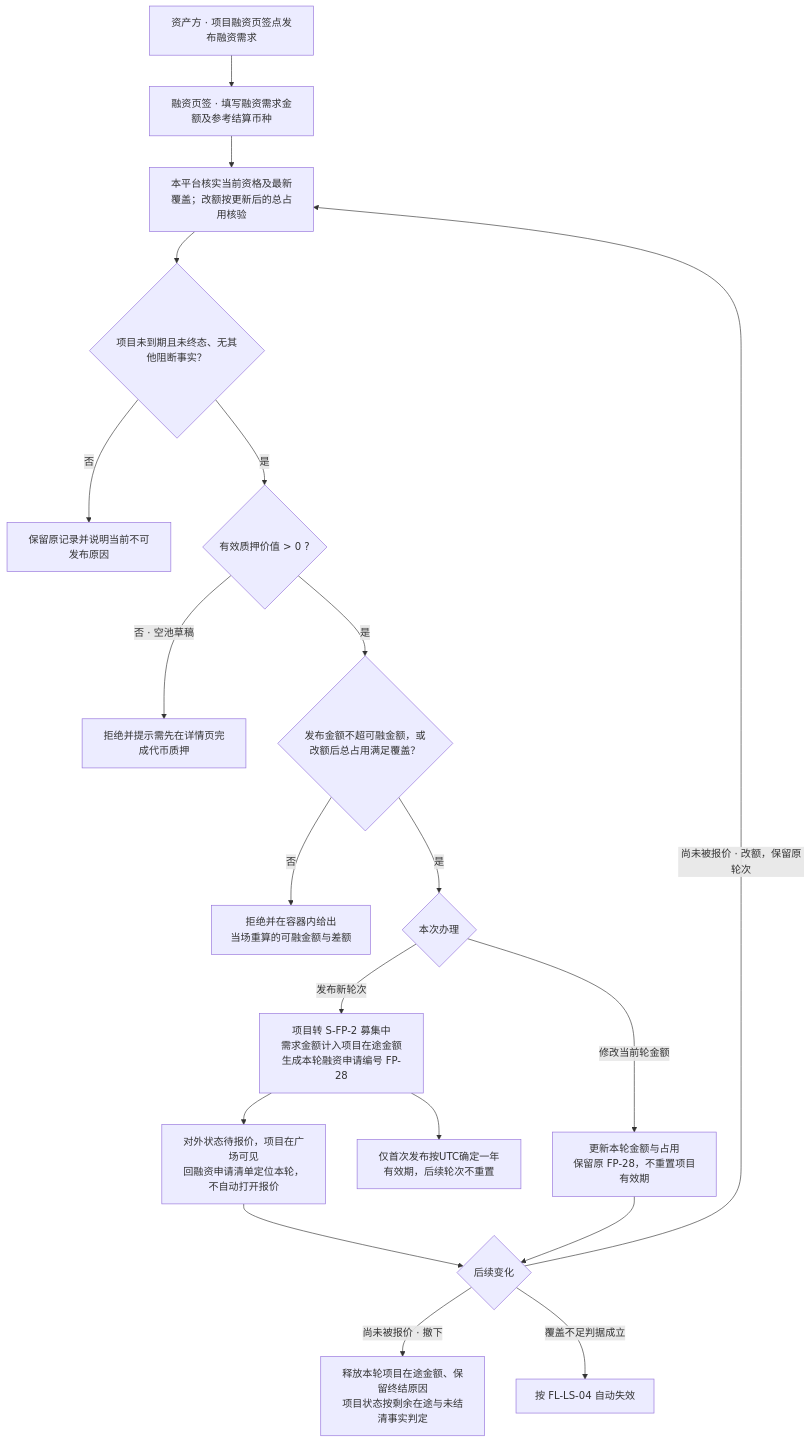
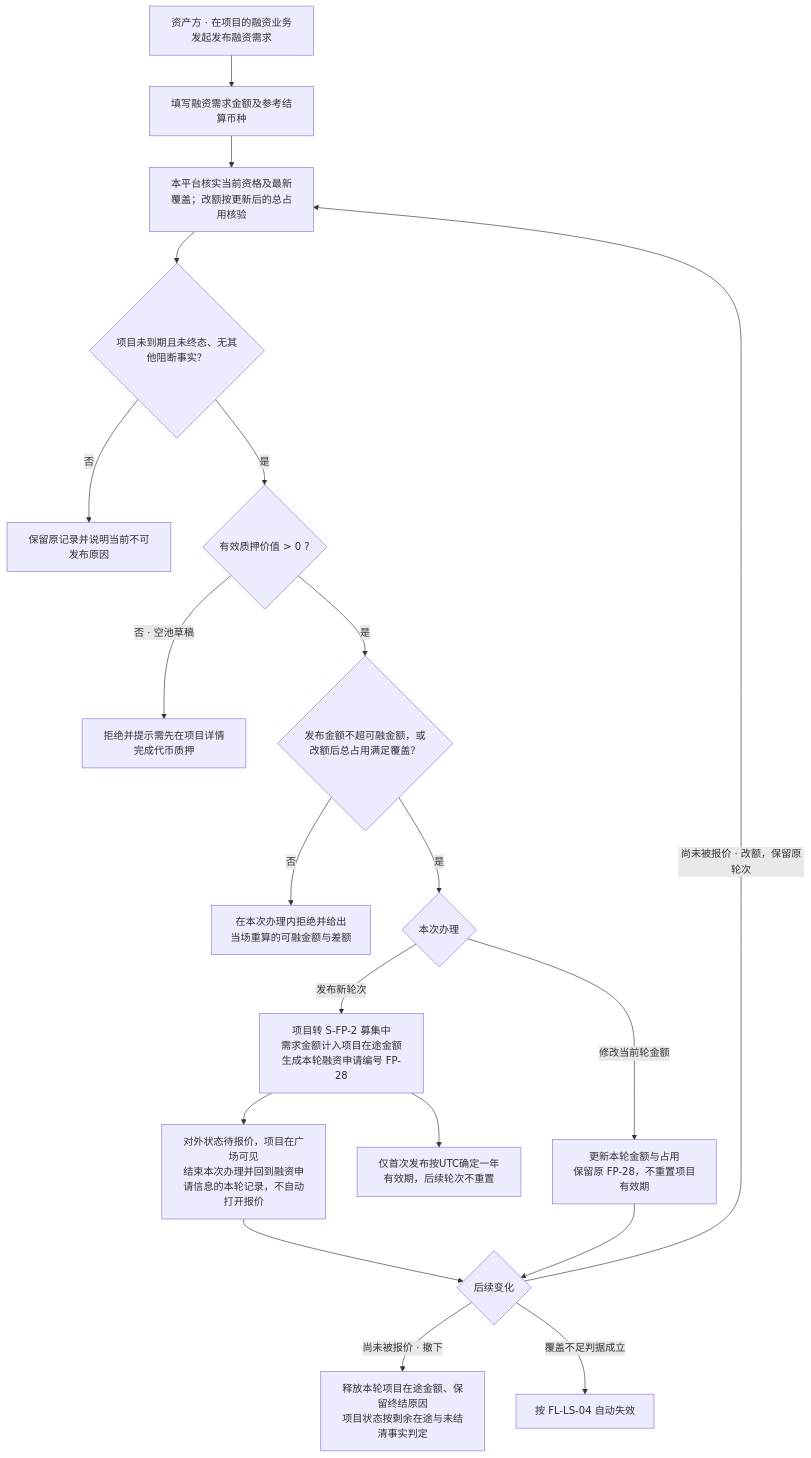
One commit to wxblockchain/Chain-Financing changed the second of 10 diagrams in lending-platform/PRD/v1.0-借贷广场-融资需求与代币质押/02-融资需求与代币质押-流程图与状态机.md. Above: the diagram before and after it, drawn with Mermaid. The commit also changed other lines of this file and 4 other files, not shown here.

````diff
--- a/lending-platform/PRD/v1.0-借贷广场-融资需求与代币质押/02-融资需求与代币质押-流程图与状态机.md
+++ b/lending-platform/PRD/v1.0-借贷广场-融资需求与代币质押/02-融资需求与代币质押-流程图与状态机.md
@@ -67,21 +67,21 @@
 ```mermaid
 flowchart TD
-  A["资产方 · 项目融资页签点发布融资需求"] --> B["融资页签 · 填写融资需求金额及参考结算币种"]
+  A["资产方 · 在项目的融资业务发起发布融资需求"] --> B["填写融资需求金额及参考结算币种"]
   B --> C["本平台核实当前资格及最新覆盖；改额按更新后的总占用核验"]
   C --> P{"项目未到期且未终态、无其他阻断事实？"}
   P -- "否" --> STOP["保留原记录并说明当前不可发布原因"]
   P -- "是" --> D{"有效质押价值 > 0 ?"}
-  D -- "否 · 空池草稿" --> E["拒绝并提示需先在详情页完成代币质押"]
+  D -- "否 · 空池草稿" --> E["拒绝并提示需先在项目详情完成代币质押"]
   D -- "是" --> F{"发布金额不超可融金额，或改额后总占用满足覆盖？"}
-  F -- "否" --> G["拒绝并在容器内给出<br/>当场重算的可融金额与差额"]
+  F -- "否" --> G["在本次办理内拒绝并给出<br/>当场重算的可融金额与差额"]
   F -- "是" --> T{"本次办理"}
   T -- "发布新轮次" --> H["项目转 S-FP-2 募集中<br/>需求金额计入项目在途金额<br/>生成本轮融资申请编号 FP-28"]
   T -- "修改当前轮金额" --> R["更新本轮金额与占用<br/>保留原 FP-28，不重置项目有效期"]
   H --> I["仅首次发布按UTC确定一年有效期，后续轮次不重置"]
-  H --> J["对外状态待报价，项目在广场可见<br/>回融资申请清单定位本轮，不自动打开报价"]
+  H --> J["对外状态待报价，项目在广场可见<br/>结束本次办理并回到融资申请信息的本轮记录，不自动打开报价"]
   J --> K{"后续变化"}
   R --> K
   K -- "尚未被报价 · 改额，保留原轮次" --> C
   K -- "尚未被报价 · 撤下" --> L["释放本轮项目在途金额、保留终结原因<br/>项目状态按剩余在途与未结清事实判定"]
   K -- "覆盖不足判据成立" --> M["按 FL-LS-04 自动失效"]
 ```
````
